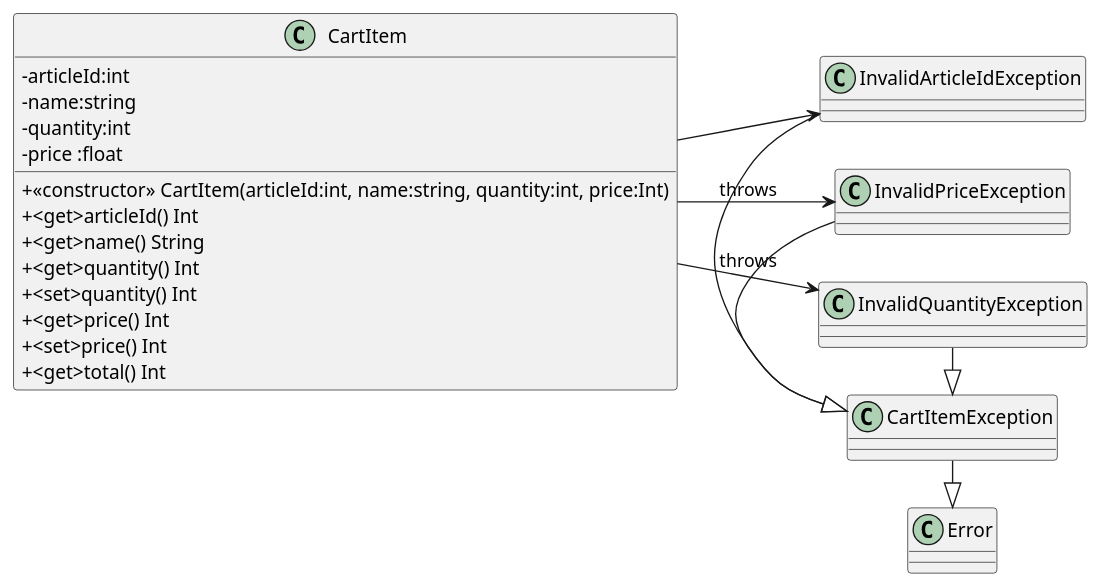
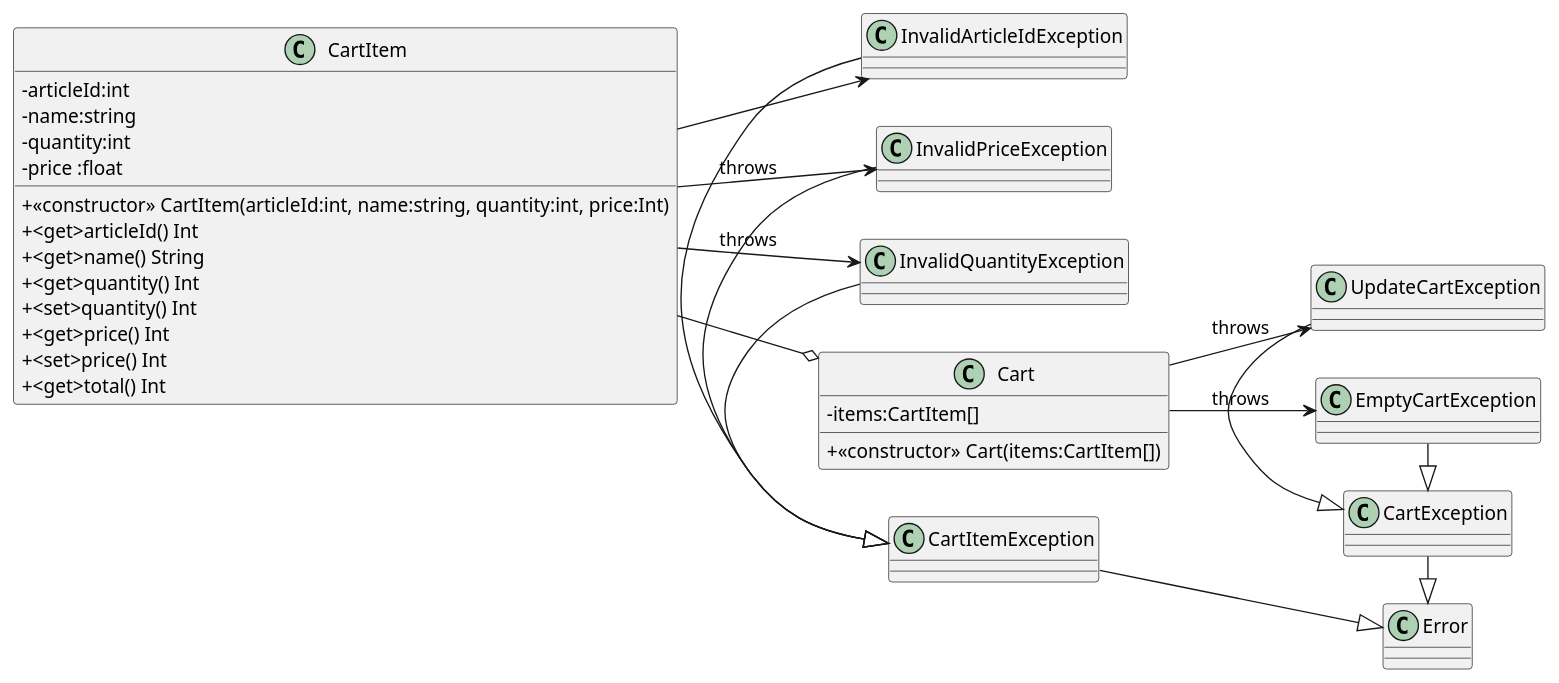
The diagram in docs/class-diagram.puml (T5uy0/Shopping-JulienSchneider), drawn with PlantUML before and after one commit.

Commit message:
docs: update uml diagram with cart

```diff
--- a/docs/class-diagram.puml
+++ b/docs/class-diagram.puml
@@ -1,39 +1,60 @@
 @startuml
 
 left to right direction
 skinparam classAttributeIconSize 0
 
 'Classes declaration
 class CartItem {
 
     - articleId:int
     - name:string
     - quantity:int
     - price :float
 
     + <<constructor>> CartItem(articleId:int, name:string, quantity:int, price:Int)
     +<get>articleId() Int
     +<get>name() String
     +<get>quantity() Int
     +<set>quantity() Int
     +<get>price() Int
     +<set>price() Int
     +<get>total() Int
 }
 
+class Cart {
+    - items:CartItem[]
+    + <<constructor>> Cart(items:CartItem[])
+}
+
 class Error{}
+'CartItem
 class CartItemException{}
 class InvalidArticleIdException{}
 class InvalidQuantityException{}
 class InvalidPriceException{}
 
+'Cart
+class CartException{}
+class EmptyCartException{}
+class UpdateCartException{}
+
+CartItem --o Cart
+Cart --> EmptyCartException : throws
+Cart --> UpdateCartException : throws
+CartException -|> Error
+EmptyCartException -|> CartException
+UpdateCartException -|> CartException
+
+'CartItem
 CartItem --> InvalidArticleIdException
 CartItem --> InvalidQuantityException : throws
 CartItem --> InvalidPriceException : throws
 
 InvalidArticleIdException -|> CartItemException
 InvalidPriceException -|> CartItemException
 InvalidQuantityException -|> CartItemException
 CartItemException -|> Error
 
+
+
 @enduml
```
